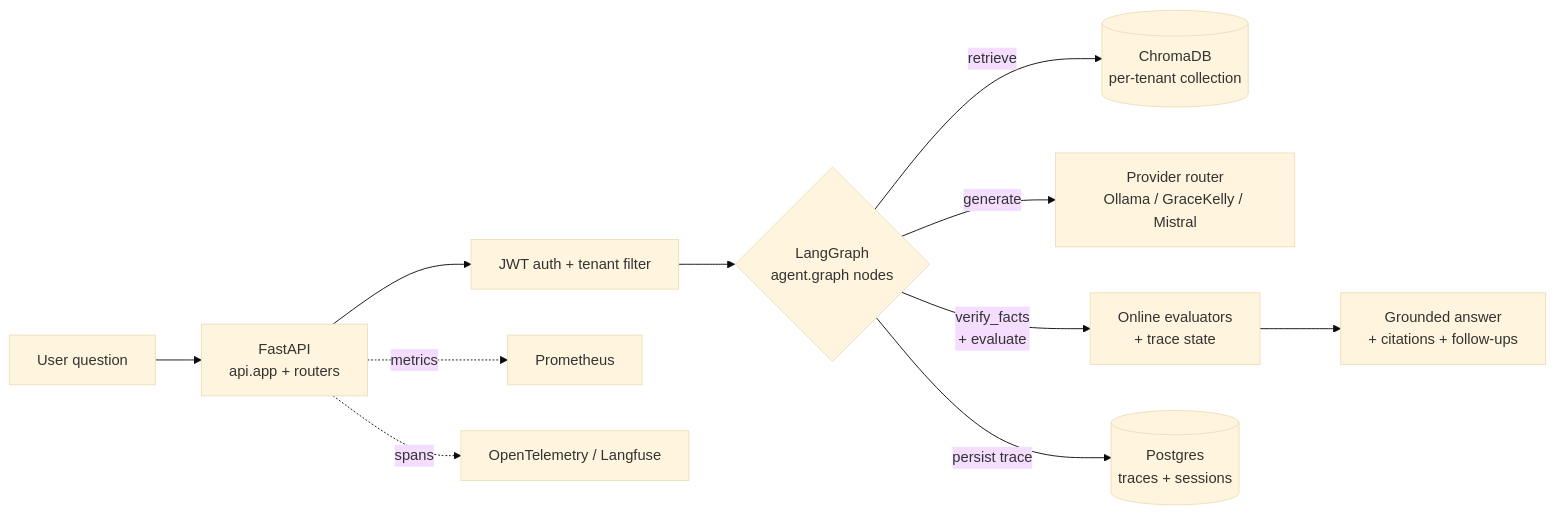
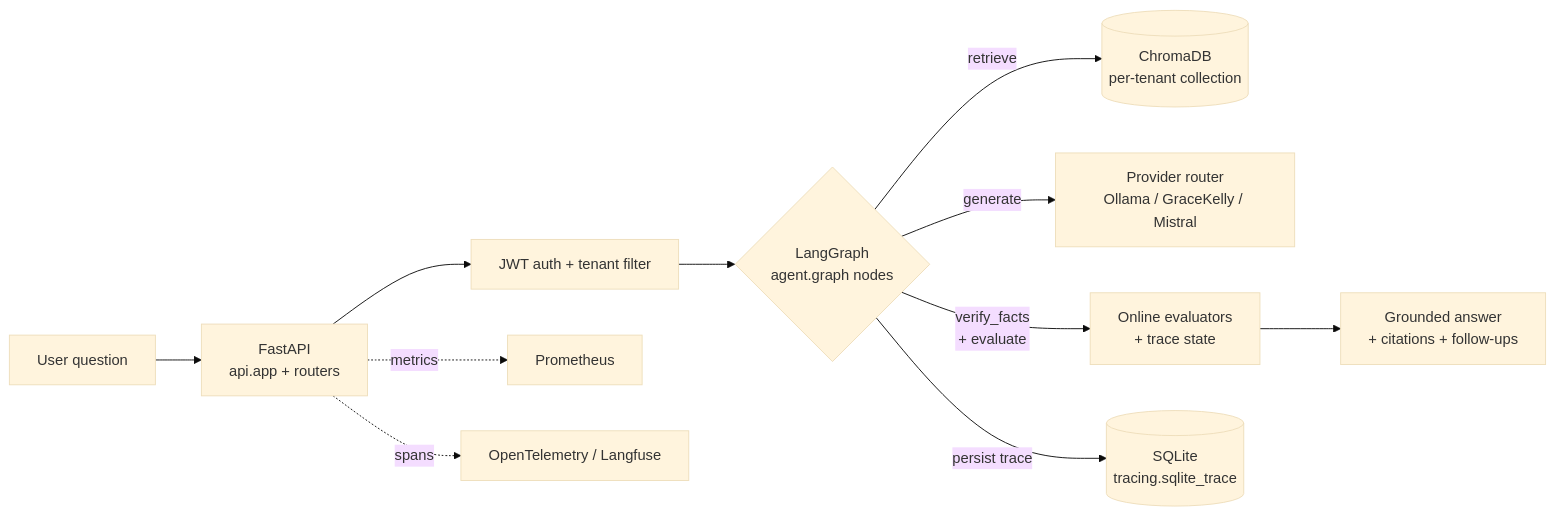
The diagram in docs-site/src/content/docs/architecture/index.mdx (brownjuly2003-code/RAG_Support_Assistant), drawn with Mermaid (base theme) before and after one commit. The commit also changed other lines of this file and 5 other files, not shown here.

````diff
--- a/docs-site/src/content/docs/architecture/index.mdx
+++ b/docs-site/src/content/docs/architecture/index.mdx
@@ -14,13 +14,13 @@
 ```mermaid
 flowchart LR
     Q[User question] --> API[FastAPI<br/>api.app + routers]
     API --> Auth[JWT auth + tenant filter]
     Auth --> Graph{LangGraph<br/>agent.graph nodes}
     Graph -->|retrieve| Chroma[(ChromaDB<br/>per-tenant collection)]
     Graph -->|generate| LLM[Provider router<br/>Ollama / GraceKelly / Mistral]
     Graph -->|verify_facts<br/>+ evaluate| Eval[Online evaluators<br/>+ trace state]
-    Graph -->|persist trace| PG[(Postgres<br/>traces + sessions)]
+    Graph -->|persist trace| Trace[(SQLite<br/>tracing.sqlite_trace)]
     Eval --> Out[Grounded answer<br/>+ citations + follow-ups]
     API -.->|metrics| Prom[Prometheus]
     API -.->|spans| OTel[OpenTelemetry / Langfuse]
 ```
````
